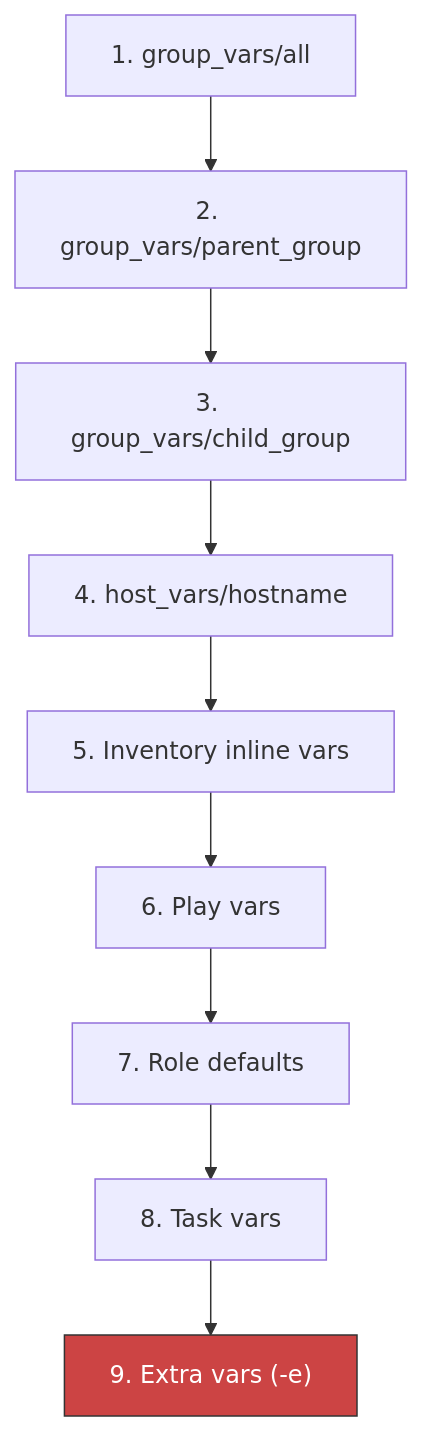
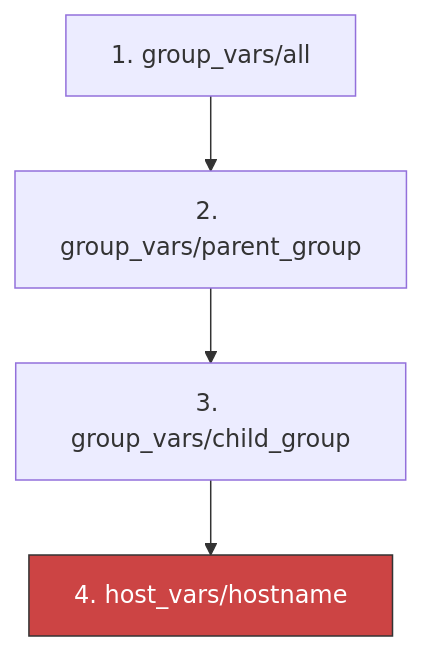
The diagram in posts/2026-02-21-how-to-debug-ansible-inventory-variables-with-ansible-inventory/README.md (OneUptime/blog), drawn with Mermaid before and after one commit. The commit also changed other lines of this file and 2 other files, not shown here.

Commit message:
validate: 2026-02-21-how-to-debug-ansible-inventory-variables-with-ansible-inventory

````diff
--- a/posts/2026-02-21-how-to-debug-ansible-inventory-variables-with-ansible-inventory/README.md
+++ b/posts/2026-02-21-how-to-debug-ansible-inventory-variables-with-ansible-inventory/README.md
@@ -140,12 +141,7 @@
 ```mermaid
 graph TB
     A["1. group_vars/all"] --> B["2. group_vars/parent_group"]
     B --> C["3. group_vars/child_group"]
     C --> D["4. host_vars/hostname"]
-    D --> E["5. Inventory inline vars"]
-    E --> F["6. Play vars"]
-    F --> G["7. Role defaults"]
-    G --> H["8. Task vars"]
-    H --> I["9. Extra vars (-e)"]
-    style I fill:#c44,stroke:#333,color:#fff
+    style D fill:#c44,stroke:#333,color:#fff
 ```
````
